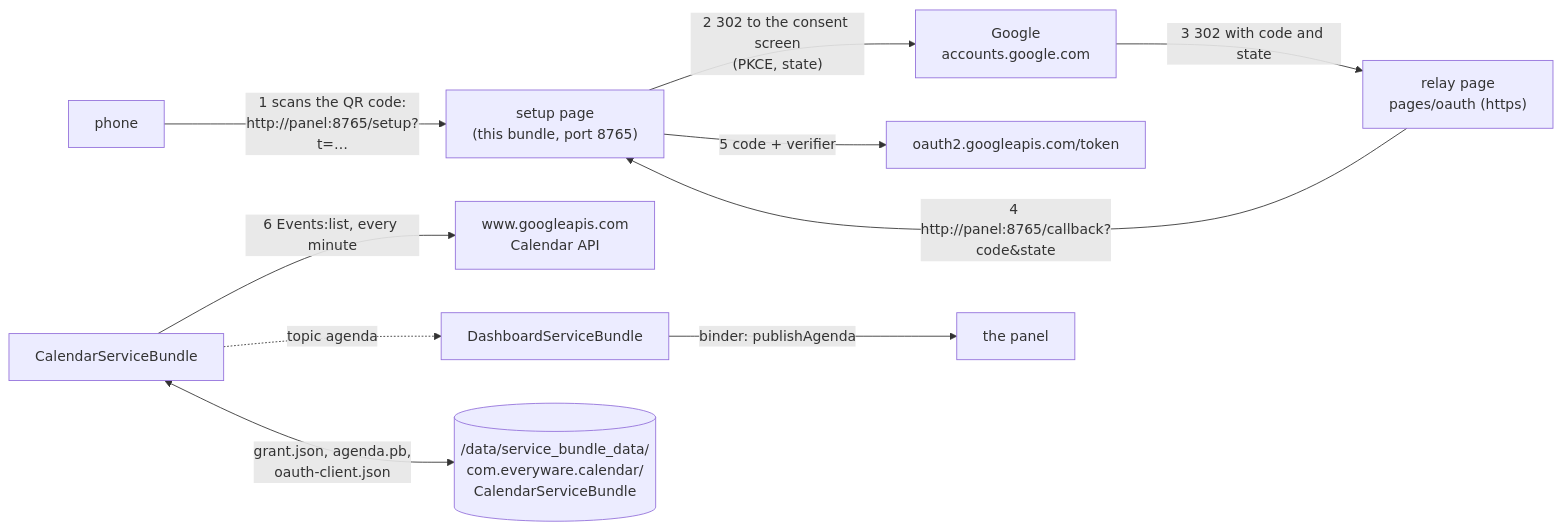
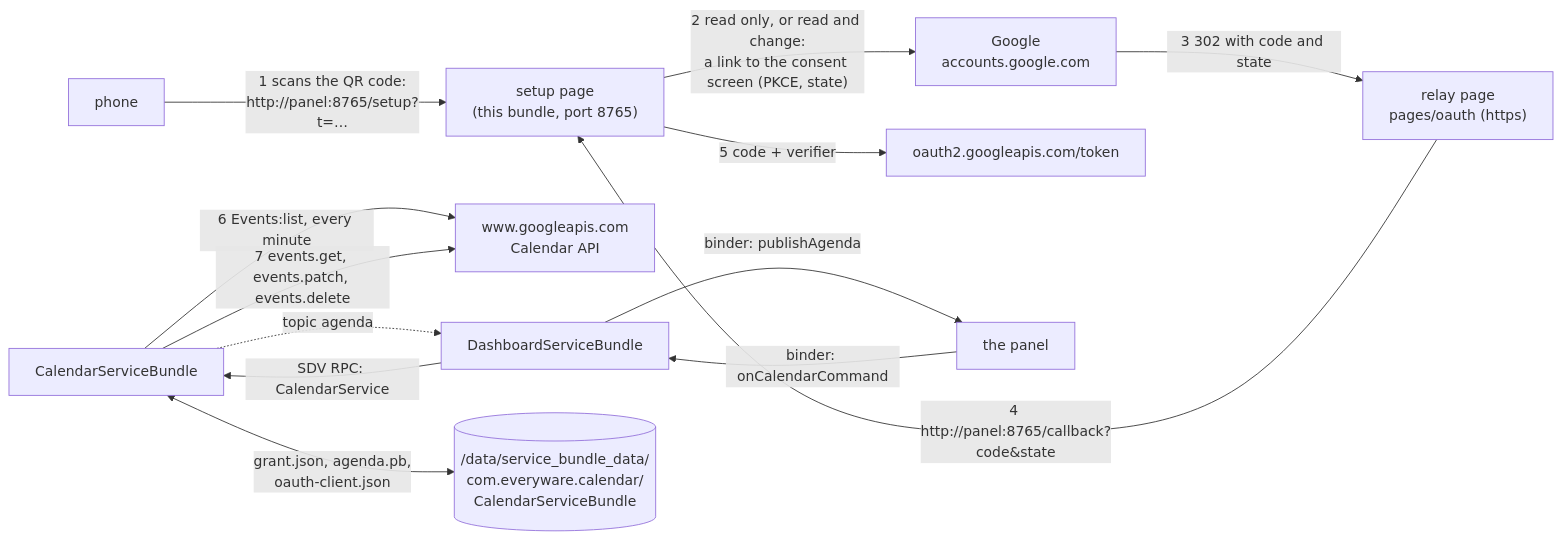
The diagram in bundles/calendar/README.md (sdv-everyware/everyware), drawn with Mermaid before and after one commit. The commit also changed other lines of this file and 25 other files, not shown here.

````diff
--- a/bundles/calendar/README.md
+++ b/bundles/calendar/README.md
@@ -24,12 +26,15 @@
 ```mermaid
 flowchart LR
     PH["phone"] -- "1 scans the QR code:<br/>http://panel:8765/setup?t=…" --> SP
-    SP["setup page<br/>(this bundle, port 8765)"] -- "2 302 to the consent screen<br/>(PKCE, state)" --> G["Google<br/>accounts.google.com"]
+    SP["setup page<br/>(this bundle, port 8765)"] -- "2 read only, or read and change:<br/>a link to the consent screen (PKCE, state)" --> G["Google<br/>accounts.google.com"]
     G -- "3 302 with code and state" --> RP["relay page<br/>pages/oauth (https)"]
     RP -- "4 http://panel:8765/callback?code&state" --> SP
     SP -- "5 code + verifier" --> T["oauth2.googleapis.com/token"]
     CB["CalendarServiceBundle"] -- "6 Events:list, every minute" --> API["www.googleapis.com<br/>Calendar API"]
     CB -. "topic agenda" .-> DB["DashboardServiceBundle"]
     DB -- "binder: publishAgenda" --> APP["the panel"]
+    APP -- "binder: onCalendarCommand" --> DB
+    DB -- "SDV RPC: CalendarService" --> CB
+    CB -- "7 events.get, events.patch, events.delete" --> API
     CB <-- "grant.json, agenda.pb,<br/>oauth-client.json" --> ST[("/data/service_bundle_data/<br/>com.everyware.calendar/<br/>CalendarServiceBundle")]
 ```
````
